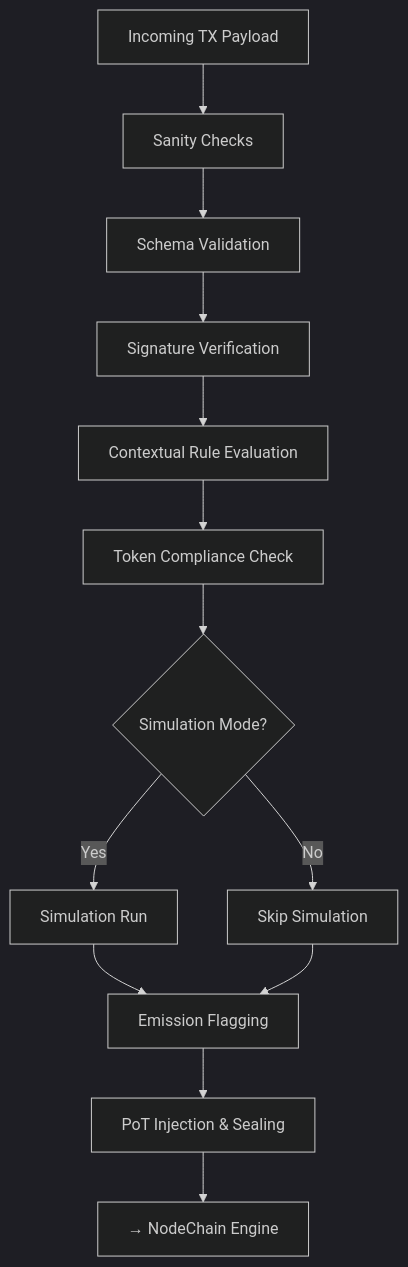
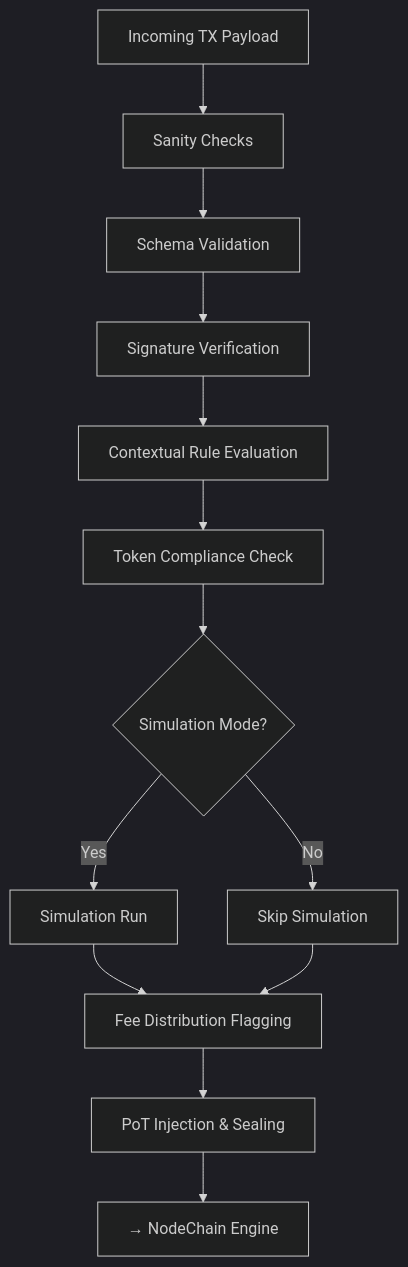
The diagram in 07_processing_layer/tx_validation_pipeline.md (Aros-Technology-Studio/AST-Aros-Financial-Paradigm), drawn with Mermaid (dark theme) before and after one commit. The commit also changed other lines of this file and 69 other files, not shown here.

````diff
--- a/07_processing_layer/tx_validation_pipeline.md
+++ b/07_processing_layer/tx_validation_pipeline.md
@@ -135,15 +135,15 @@
 ```mermaid
 flowchart TD
     A[Incoming TX Payload] --> B[Sanity Checks]
     B --> C[Schema Validation]
     C --> D[Signature Verification]
     D --> E[Contextual Rule Evaluation]
     E --> F[Token Compliance Check]
     F --> G{Simulation Mode?}
     G -- Yes --> H[Simulation Run]
     G -- No --> I[Skip Simulation]
-    H --> J[Emission Flagging]
+    H --> J[Fee Distribution Flagging]
     I --> J
     J --> K[PoT Injection & Sealing]
     K --> L[→ NodeChain Engine]
 ```
````
